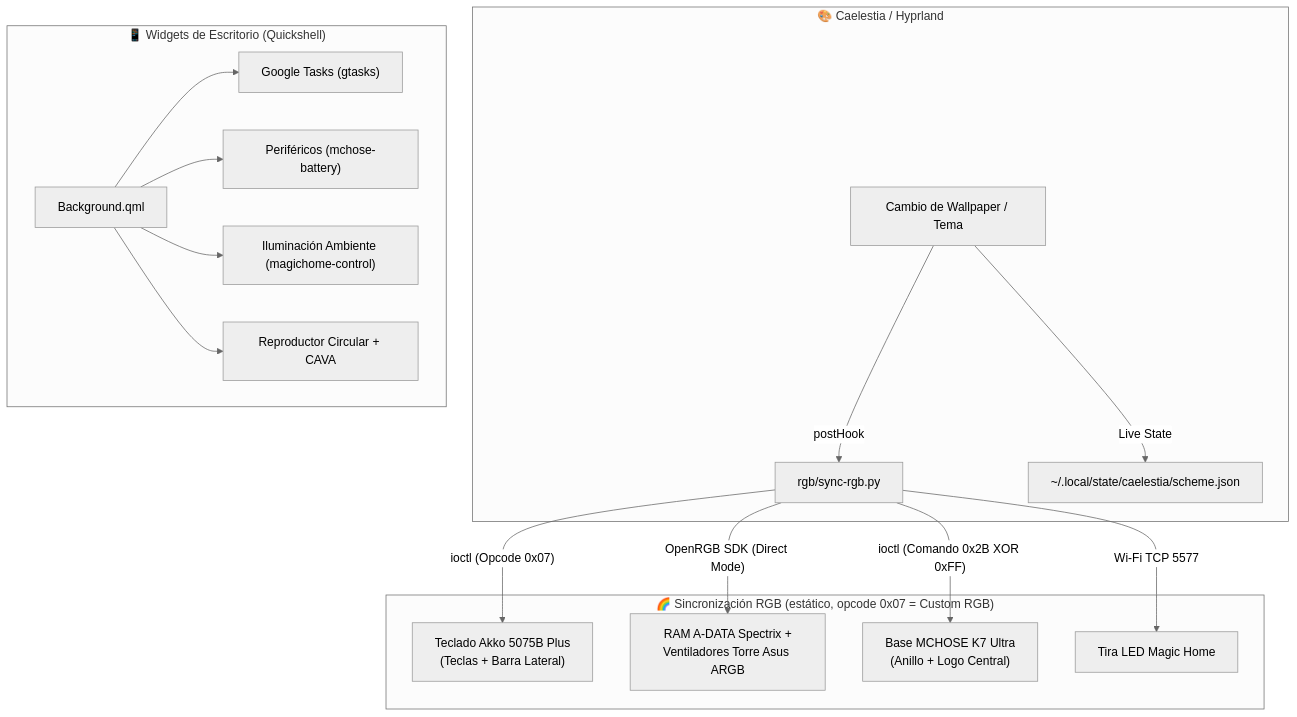
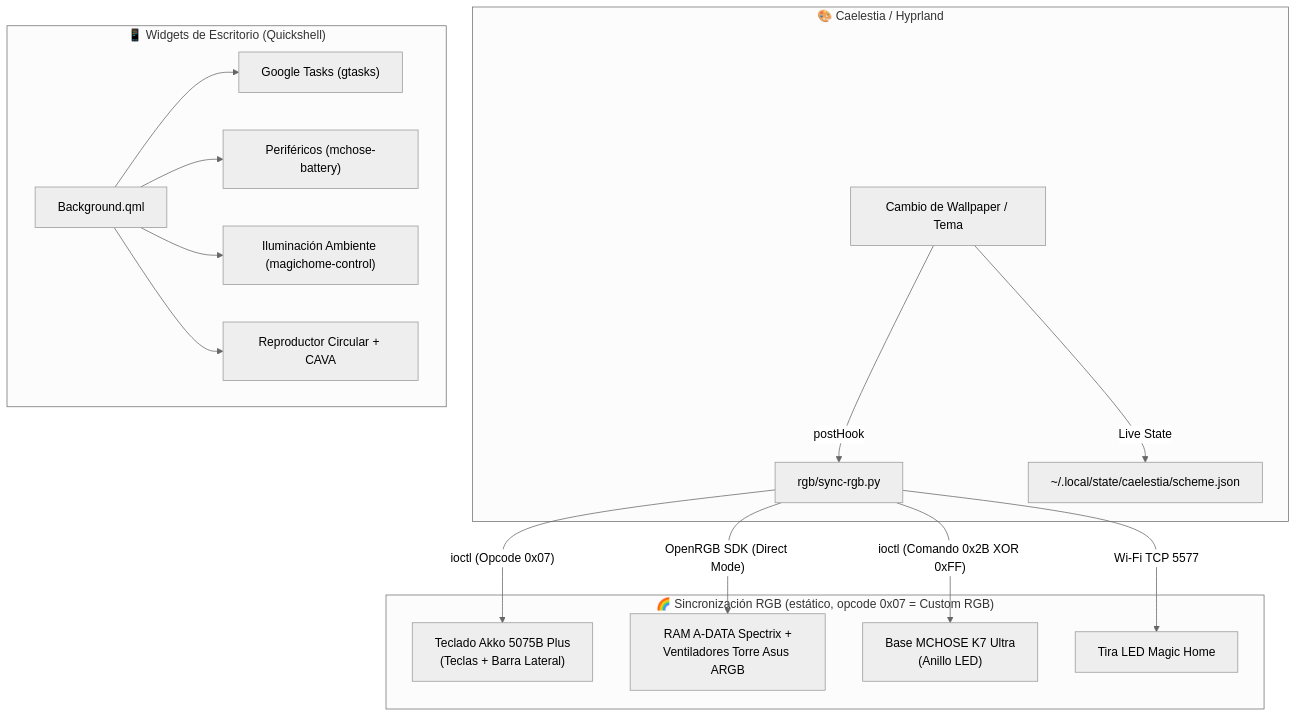
The diagram in README.md (Alberviz/LinuxRicing), drawn with Mermaid (neutral theme) before and after one commit. The commit also changed 25 other files, not shown here.

````diff
--- a/README.md
+++ b/README.md
@@ -74,21 +74,21 @@
 ```mermaid
 graph TD
     subgraph Caelestia_Hyprland["🎨 Caelestia / Hyprland"]
         WP["Cambio de Wallpaper / Tema"] -->|"postHook"| SYNC["rgb/sync-rgb.py"]
         WP -->|"Live State"| SCHEME["~/.local/state/caelestia/scheme.json"]
     end
 
     subgraph RGB_Sync["🌈 Sincronización RGB (estático, opcode 0x07 = Custom RGB)"]
         SYNC -->|"ioctl (Opcode 0x07)"| AKKO["Teclado Akko 5075B Plus<br>(Teclas + Barra Lateral)"]
         SYNC -->|"OpenRGB SDK (Direct Mode)"| RAMFANS["RAM A-DATA Spectrix +<br>Ventiladores Torre Asus ARGB"]
-        SYNC -->|"ioctl (Comando 0x2B XOR 0xFF)"| MCHOSE["Base MCHOSE K7 Ultra<br>(Anillo + Logo Central)"]
+        SYNC -->|"ioctl (Comando 0x2B XOR 0xFF)"| MCHOSE["Base MCHOSE K7 Ultra<br>(Anillo LED)"]
         SYNC -->|"Wi-Fi TCP 5577"| MAGIC["Tira LED Magic Home"]
     end
 
     subgraph Desktop_Widgets["📱 Widgets de Escritorio (Quickshell)"]
         BG["Background.qml"] --> GTASKS["Google Tasks (gtasks)"]
         BG --> BATT["Periféricos (mchose-battery)"]
         BG --> LED_WIDGET["Iluminación Ambiente (magichome-control)"]
         BG --> CAVA["Reproductor Circular + CAVA"]
     end
 ```
````
